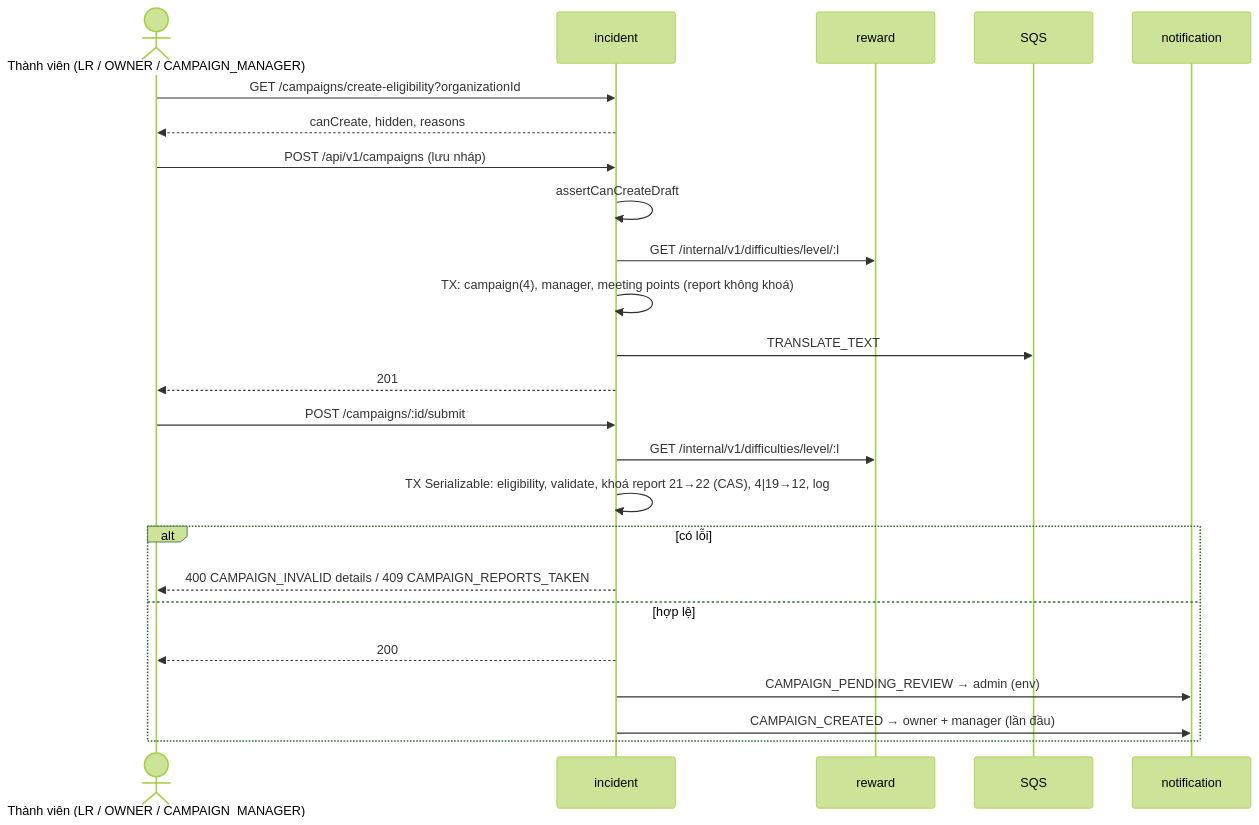
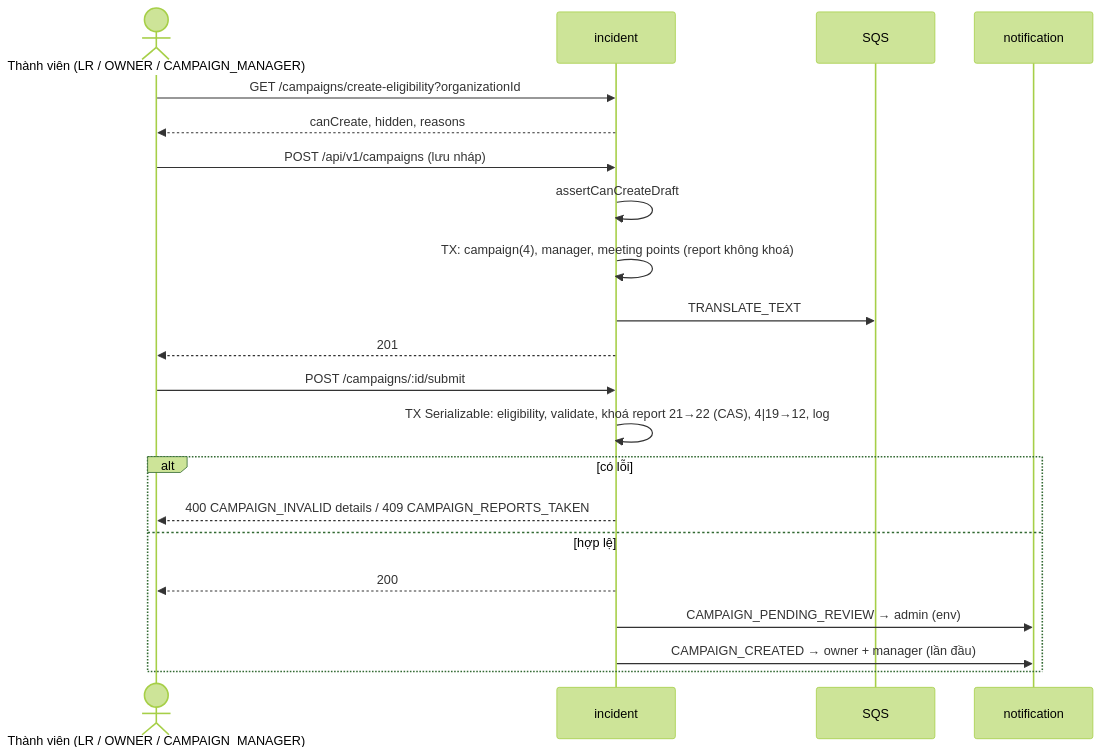
Before and after one commit to DOAN2-UQT-KN/ecolink-docs: diagram 17 of 30 in 02-business-flows.md, drawn with Mermaid (forest theme). The commit also changed other lines of this file and 12 other files, not shown here.

````diff
--- a/02-business-flows.md
+++ b/02-business-flows.md
@@ -714,26 +713,23 @@
 ```mermaid
 sequenceDiagram
   actor O as Thành viên (LR / OWNER / CAMPAIGN_MANAGER)
   participant INC as incident
-  participant RW as reward
   participant Q as SQS
   participant NS as notification
   O->>INC: GET /campaigns/create-eligibility?organizationId
   INC-->>O: canCreate, hidden, reasons
   O->>INC: POST /api/v1/campaigns (lưu nháp)
   INC->>INC: assertCanCreateDraft
-  INC->>RW: GET /internal/v1/difficulties/level/:l
   INC->>INC: TX: campaign(4), manager, meeting points (report không khoá)
   INC->>Q: TRANSLATE_TEXT
   INC-->>O: 201
   O->>INC: POST /campaigns/:id/submit
-  INC->>RW: GET /internal/v1/difficulties/level/:l
   INC->>INC: TX Serializable: eligibility, validate, khoá report 21→22 (CAS), 4|19→12, log
   alt có lỗi
     INC-->>O: 400 CAMPAIGN_INVALID details / 409 CAMPAIGN_REPORTS_TAKEN
   else hợp lệ
     INC-->>O: 200
     INC->>NS: CAMPAIGN_PENDING_REVIEW → admin (env)
     INC->>NS: CAMPAIGN_CREATED → owner + manager (lần đầu)
   end
 ```
````
